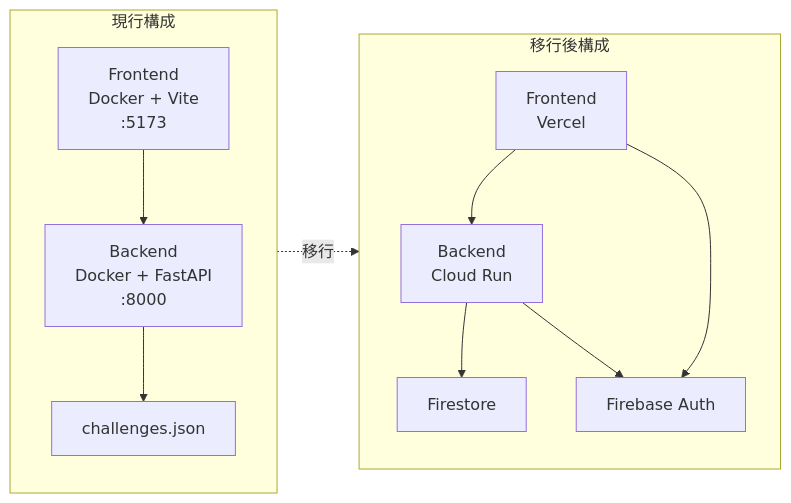
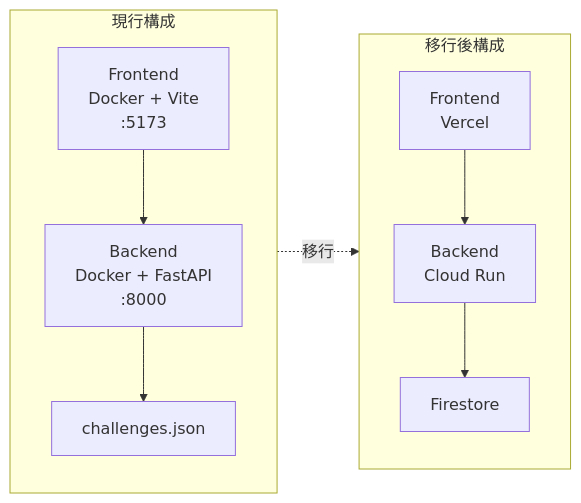
The second of 5 diagrams in docs-new/architecture.md (matsuda-tkm/debug-master), drawn with Mermaid before and after one commit. The commit also changed other lines of this file and 6 other files, not shown here.

Commit message:
docs: Update architecture, security, and migration documentation to reflect the transition from Firebase Authentication to Basic Authentication with user and admin roles, and remove references to the users collection in Firestore.

````diff
--- a/docs-new/architecture.md
+++ b/docs-new/architecture.md
@@ -60,23 +54,20 @@
 ```mermaid
 graph LR
     subgraph before [現行構成]
         direction TB
         B_FE["Frontend<br>Docker + Vite<br>:5173"]
         B_BE["Backend<br>Docker + FastAPI<br>:8000"]
         B_DB["challenges.json"]
         B_FE --> B_BE --> B_DB
     end
 
     subgraph after [移行後構成]
         direction TB
         A_FE["Frontend<br>Vercel"]
         A_BE["Backend<br>Cloud Run"]
         A_DB["Firestore"]
-        A_Auth["Firebase Auth"]
         A_FE --> A_BE --> A_DB
-        A_FE --> A_Auth
-        A_BE --> A_Auth
     end
 
     before -.->|移行| after
 ```
````
